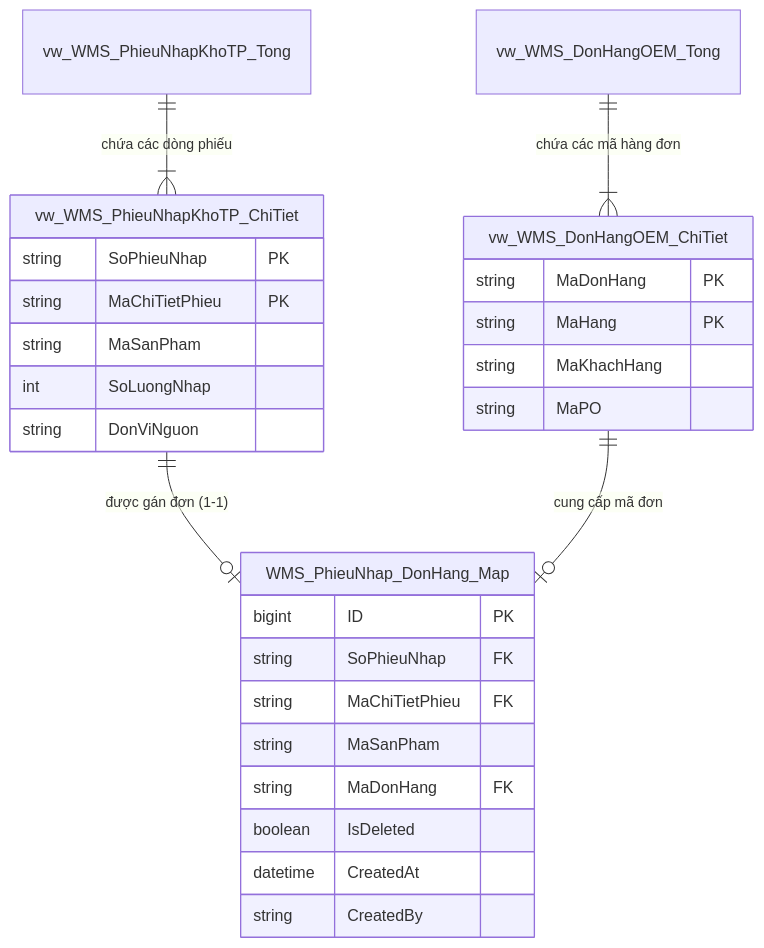
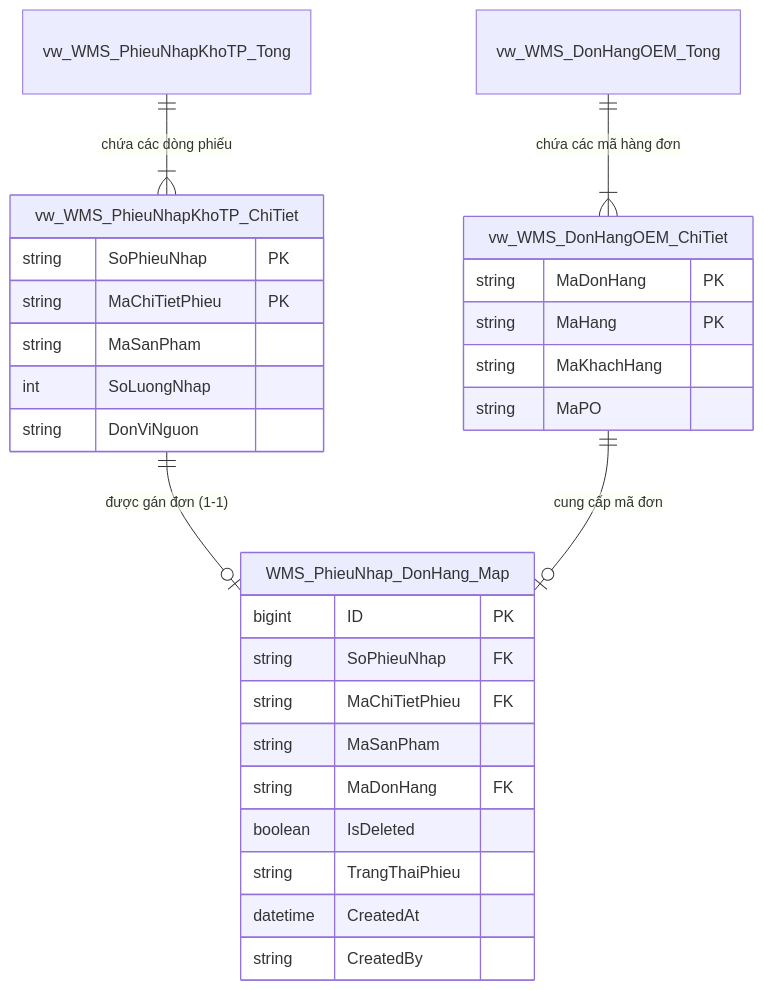
One commit to Sohoa-KNSG/wms1 changed the third of 3 diagrams in 02_Process_UseCase/UC02_Receive_Data1.md. Above: the diagram before and after it, drawn with Mermaid. The commit also changed 13 other files, not shown here.

````diff
--- a/02_Process_UseCase/UC02_Receive_Data1.md
+++ b/02_Process_UseCase/UC02_Receive_Data1.md
@@ -228,33 +228,34 @@
 ```mermaid
 erDiagram
     vw_WMS_PhieuNhapKhoTP_Tong ||--|{ vw_WMS_PhieuNhapKhoTP_ChiTiet : "chứa các dòng phiếu"
     vw_WMS_DonHangOEM_Tong ||--|{ vw_WMS_DonHangOEM_ChiTiet : "chứa các mã hàng đơn"
     vw_WMS_PhieuNhapKhoTP_ChiTiet ||--o| WMS_PhieuNhap_DonHang_Map : "được gán đơn (1-1)"
     vw_WMS_DonHangOEM_ChiTiet ||--o| WMS_PhieuNhap_DonHang_Map : "cung cấp mã đơn"
 
     vw_WMS_PhieuNhapKhoTP_ChiTiet {
         string SoPhieuNhap PK
         string MaChiTietPhieu PK
         string MaSanPham
         int SoLuongNhap
         string DonViNguon
     }
 
     vw_WMS_DonHangOEM_ChiTiet {
         string MaDonHang PK
         string MaHang PK
         string MaKhachHang
         string MaPO
     }
 
     WMS_PhieuNhap_DonHang_Map {
         bigint ID PK
         string SoPhieuNhap FK
         string MaChiTietPhieu FK
         string MaSanPham
         string MaDonHang FK
         boolean IsDeleted
+        string TrangThaiPhieu
         datetime CreatedAt
         string CreatedBy
     }
 ```
````
